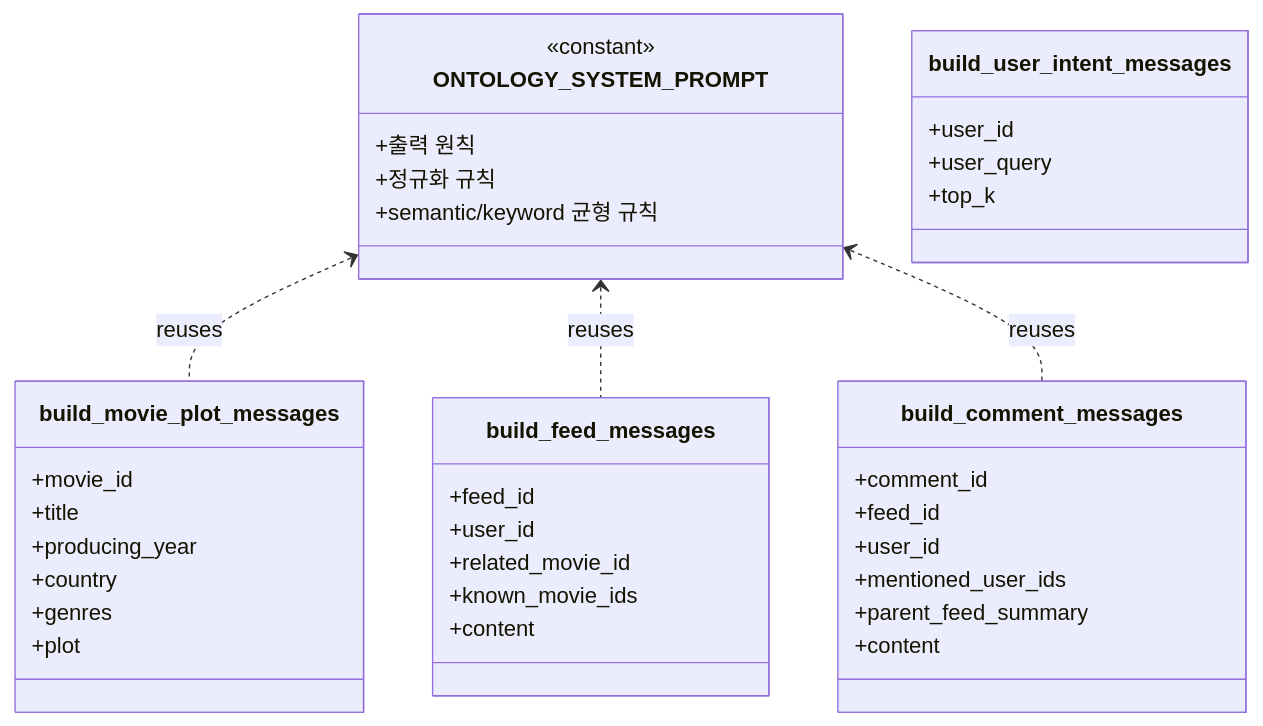
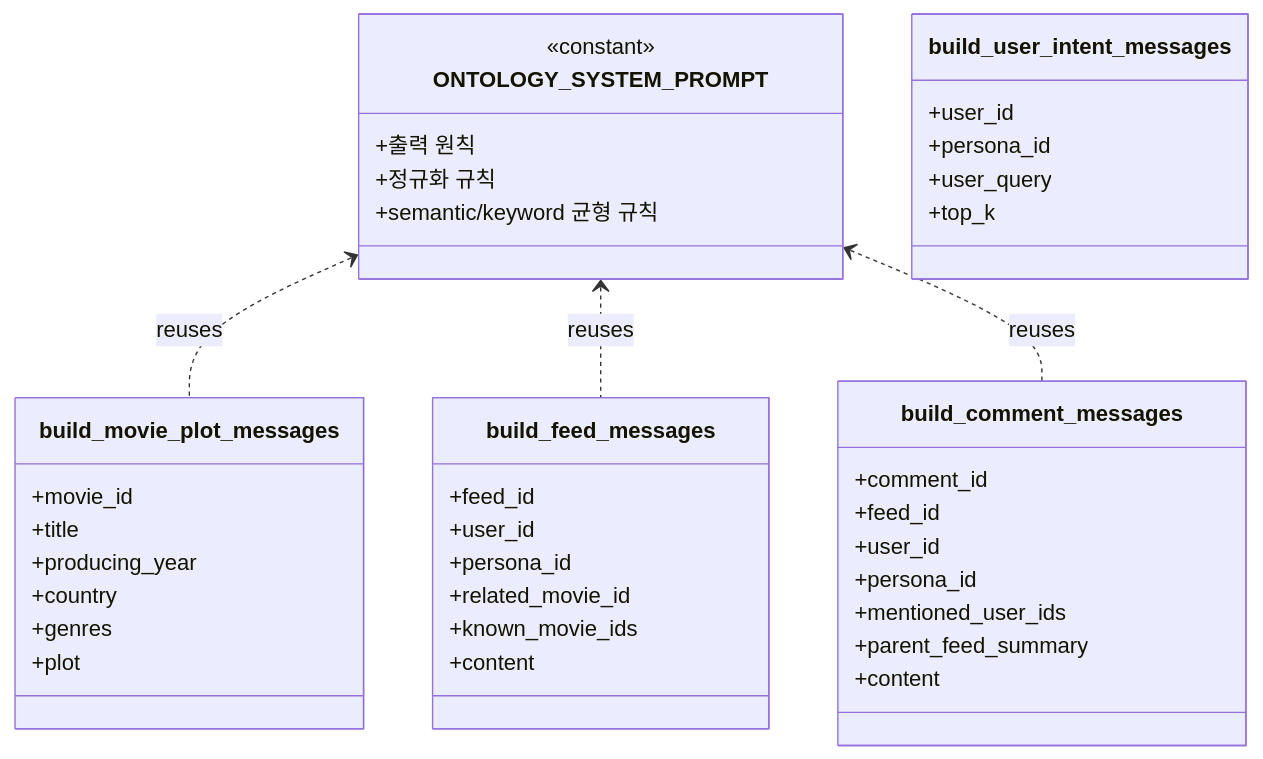
The second of 3 diagrams in docs/ontology.md (kakao4-KAKAMU/KAKAMU_DE), drawn with Mermaid before and after one commit. The commit also changed other lines of this file and 9 other files, not shown here.

````diff
--- a/docs/ontology.md
+++ b/docs/ontology.md
@@ -45,42 +50,45 @@
 ```mermaid
 classDiagram
     class ONTOLOGY_SYSTEM_PROMPT {
         <<constant>>
         +출력 원칙
         +정규화 규칙
         +semantic/keyword 균형 규칙
     }
 
     class build_movie_plot_messages {
         +movie_id
         +title
         +producing_year
         +country
         +genres
         +plot
     }
     class build_feed_messages {
         +feed_id
         +user_id
+        +persona_id
         +related_movie_id
         +known_movie_ids
         +content
     }
     class build_comment_messages {
         +comment_id
         +feed_id
         +user_id
+        +persona_id
         +mentioned_user_ids
         +parent_feed_summary
         +content
     }
     class build_user_intent_messages {
         +user_id
+        +persona_id
         +user_query
         +top_k
     }
 
     ONTOLOGY_SYSTEM_PROMPT <.. build_movie_plot_messages : reuses
     ONTOLOGY_SYSTEM_PROMPT <.. build_feed_messages       : reuses
     ONTOLOGY_SYSTEM_PROMPT <.. build_comment_messages    : reuses
 ```
````
